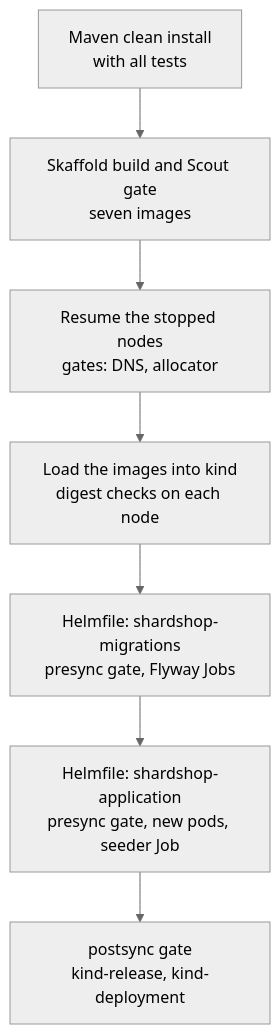
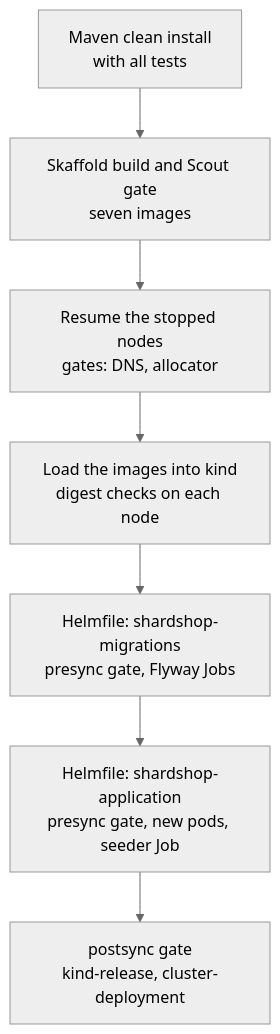
Before and after one commit to nklip/JavaCraft: the second of 3 diagrams in microservices/shardshop/infra/RUNBOOK.md, drawn with Mermaid (neutral theme). The commit also changed other lines of this file and 390 other files, not shown here.

````diff
--- a/microservices/shardshop/infra/RUNBOOK.md
+++ b/microservices/shardshop/infra/RUNBOOK.md
@@ -143,9 +143,9 @@
 ```mermaid
 flowchart TB
     Build["Maven clean install<br/>with all tests"] --> Images["Skaffold build and Scout gate<br/>seven images"]
     Images --> Resume["Resume the stopped nodes<br/>gates: DNS, allocator"]
     Resume --> Load["Load the images into kind<br/>digest checks on each node"]
     Load --> Migrations["Helmfile: shardshop-migrations<br/>presync gate, Flyway Jobs"]
     Migrations --> Application["Helmfile: shardshop-application<br/>presync gate, new pods, seeder Job"]
-    Application --> Acceptance["postsync gate<br/>kind-release, kind-deployment"]
+    Application --> Acceptance["postsync gate<br/>kind-release, cluster-deployment"]
 ```
````
